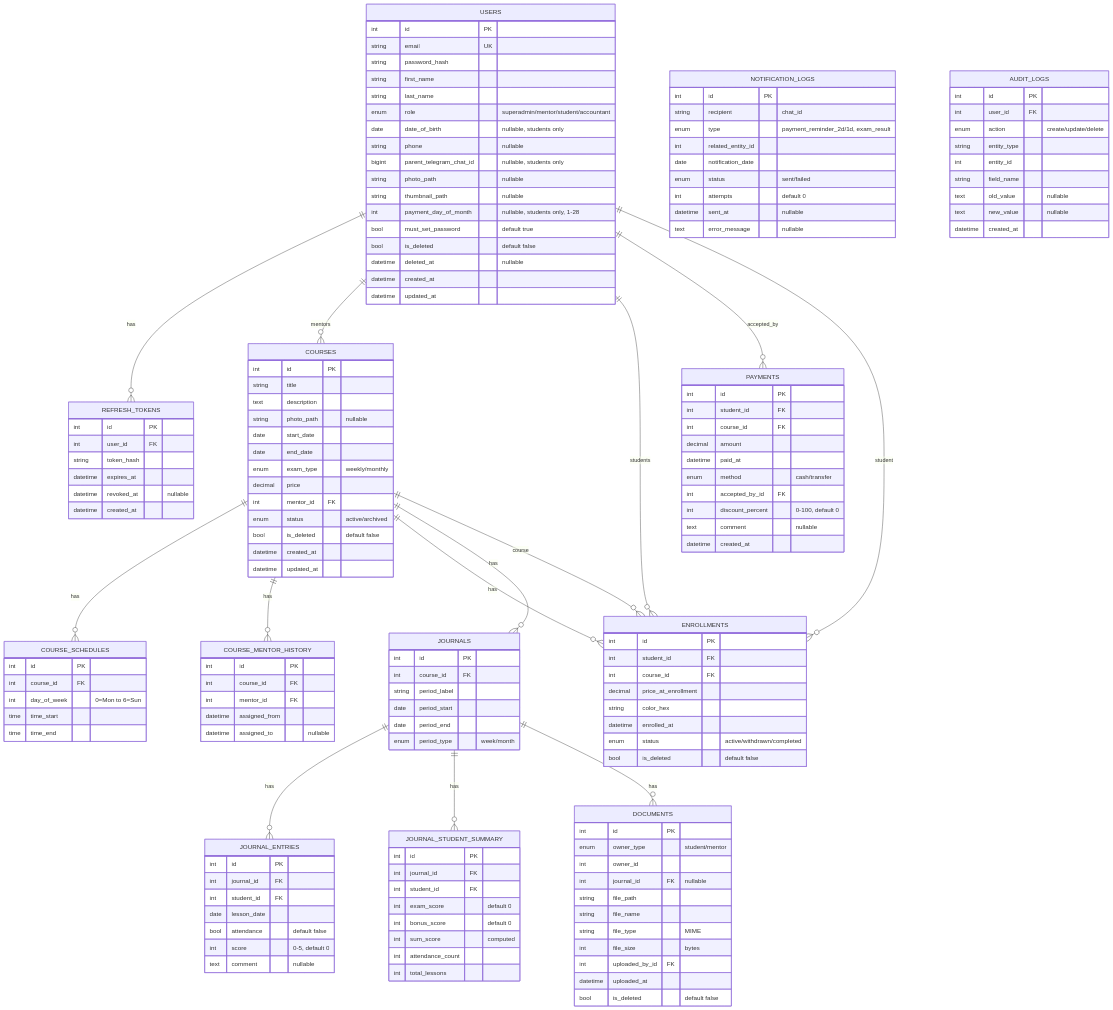
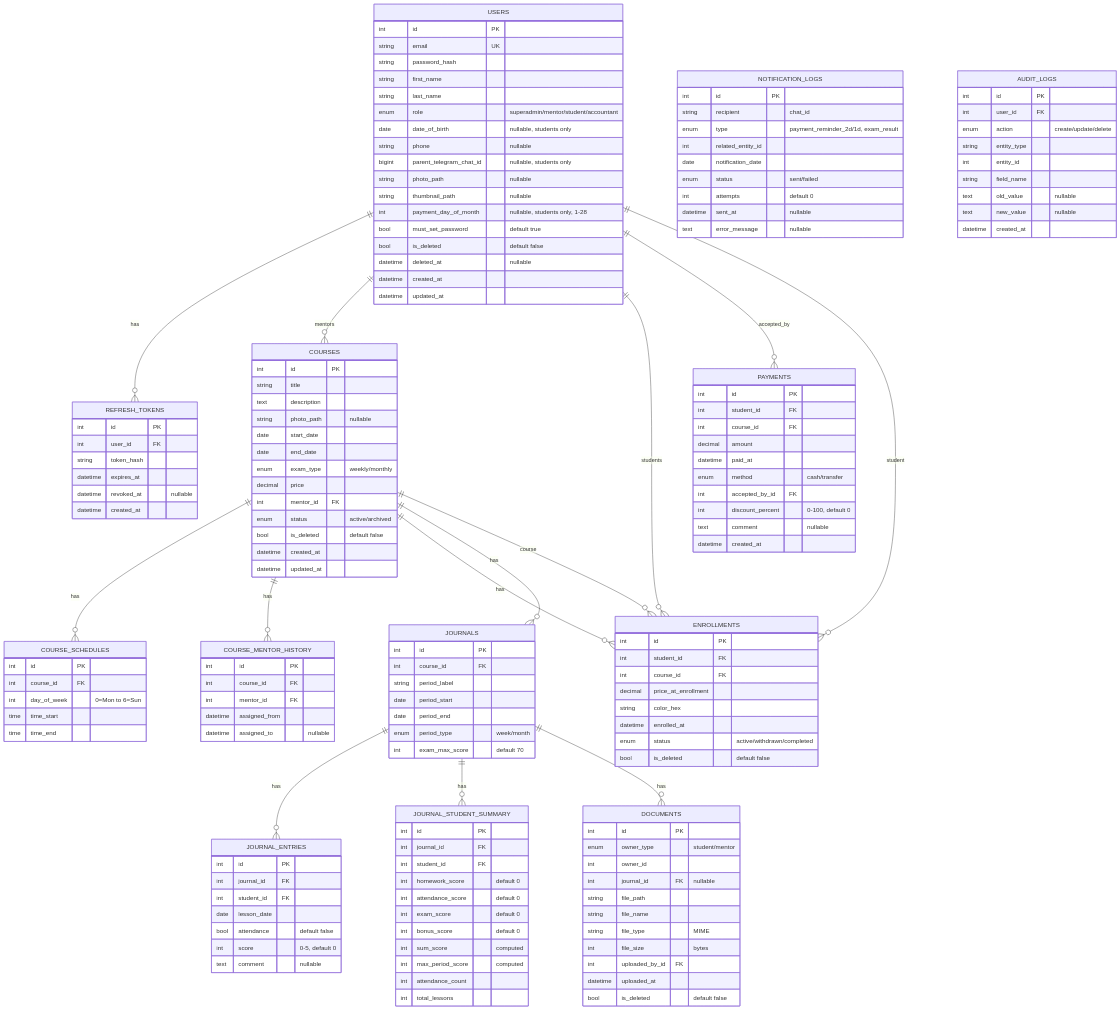
The first of 2 diagrams in PRD-IMKON-CRM.md (CompileLord/INKON_CRM), drawn with Mermaid before and after one commit. The commit also changed other lines of this file and 45 other files, not shown here.

```diff
--- a/PRD-IMKON-CRM.md
+++ b/PRD-IMKON-CRM.md
@@ -1636,6 +1640,7 @@
         date period_start
         date period_end
         enum period_type "week/month"
+        int exam_max_score "default 70"
     }
 
     JOURNAL_ENTRIES {
@@ -1652,9 +1657,12 @@
         int id PK
         int journal_id FK
         int student_id FK
+        int homework_score "default 0"
+        int attendance_score "default 0"
         int exam_score "default 0"
         int bonus_score "default 0"
         int sum_score "computed"
+        int max_period_score "computed"
         int attendance_count
         int total_lessons
     }
```
